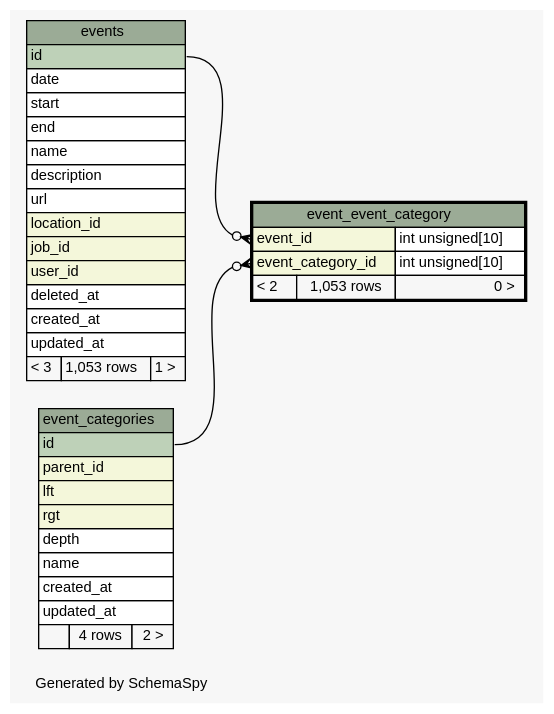
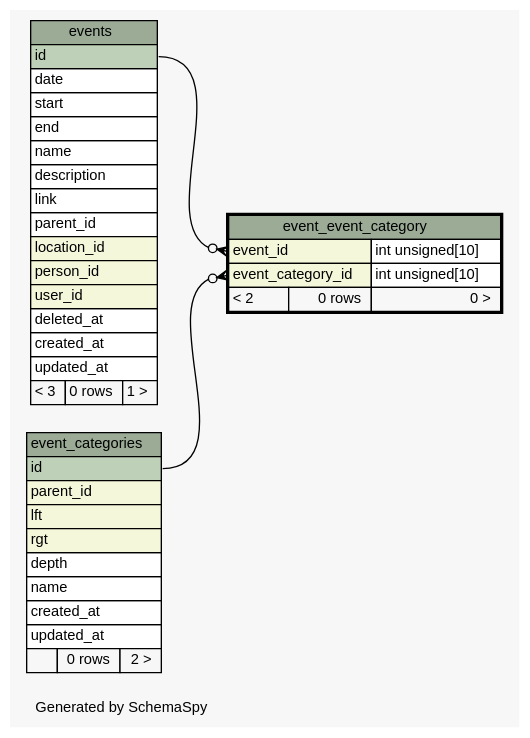
Before and after one commit to g0v/poli-radar-api: the diagram in docs/diagrams/event_event_category.1degree.dot, drawn with Graphviz. The commit also changed 140 other files, not shown here.

```diff
--- a/docs/diagrams/event_event_category.1degree.dot
+++ b/docs/diagrams/event_event_category.1degree.dot
@@ -1,74 +1,75 @@
 // dot 2.28.0 on Windows 10 10.0
 // SchemaSpy rev 590
 digraph "oneDegreeRelationshipsDiagram" {
   graph [
     rankdir="RL"
     bgcolor="#f7f7f7"
     label="\nGenerated by SchemaSpy"
     labeljust="l"
     nodesep="0.18"
     ranksep="0.46"
     fontname="Helvetica"
     fontsize="11"
   ];
   node [
     fontname="Helvetica"
     fontsize="11"
     shape="plaintext"
   ];
   edge [
     arrowsize="0.8"
   ];
   "event_event_category":"event_category_id":w -> "event_categories":"id":e [arrowhead=none dir=back arrowtail=crowodot];
   "event_event_category":"event_id":w -> "events":"id":e [arrowhead=none dir=back arrowtail=crowodot];
   "event_categories" [
     label=<
     <TABLE BORDER="0" CELLBORDER="1" CELLSPACING="0" BGCOLOR="#ffffff">
       <TR><TD COLSPAN="3" BGCOLOR="#9bab96" ALIGN="CENTER">event_categories</TD></TR>
       <TR><TD PORT="id" COLSPAN="3" BGCOLOR="#bed1b8" ALIGN="LEFT">id</TD></TR>
       <TR><TD PORT="parent_id" COLSPAN="3" BGCOLOR="#f4f7da" ALIGN="LEFT">parent_id</TD></TR>
       <TR><TD PORT="lft" COLSPAN="3" BGCOLOR="#f4f7da" ALIGN="LEFT">lft</TD></TR>
       <TR><TD PORT="rgt" COLSPAN="3" BGCOLOR="#f4f7da" ALIGN="LEFT">rgt</TD></TR>
       <TR><TD PORT="depth" COLSPAN="3" ALIGN="LEFT">depth</TD></TR>
       <TR><TD PORT="name" COLSPAN="3" ALIGN="LEFT">name</TD></TR>
       <TR><TD PORT="created_at" COLSPAN="3" ALIGN="LEFT">created_at</TD></TR>
       <TR><TD PORT="updated_at" COLSPAN="3" ALIGN="LEFT">updated_at</TD></TR>
-      <TR><TD ALIGN="LEFT" BGCOLOR="#f7f7f7">  </TD><TD ALIGN="RIGHT" BGCOLOR="#f7f7f7">4 rows</TD><TD ALIGN="RIGHT" BGCOLOR="#f7f7f7">2 &gt;</TD></TR>
+      <TR><TD ALIGN="LEFT" BGCOLOR="#f7f7f7">  </TD><TD ALIGN="RIGHT" BGCOLOR="#f7f7f7">0 rows</TD><TD ALIGN="RIGHT" BGCOLOR="#f7f7f7">2 &gt;</TD></TR>
     </TABLE>>
     URL="event_categories.html"
     tooltip="event_categories"
   ];
   "event_event_category" [
     label=<
     <TABLE BORDER="2" CELLBORDER="1" CELLSPACING="0" BGCOLOR="#ffffff">
       <TR><TD COLSPAN="3" BGCOLOR="#9bab96" ALIGN="CENTER">event_event_category</TD></TR>
       <TR><TD PORT="event_id" COLSPAN="2" BGCOLOR="#f4f7da" ALIGN="LEFT">event_id</TD><TD PORT="event_id.type" ALIGN="LEFT">int unsigned[10]</TD></TR>
       <TR><TD PORT="event_category_id" COLSPAN="2" BGCOLOR="#f4f7da" ALIGN="LEFT">event_category_id</TD><TD PORT="event_category_id.type" ALIGN="LEFT">int unsigned[10]</TD></TR>
-      <TR><TD ALIGN="LEFT" BGCOLOR="#f7f7f7">&lt; 2</TD><TD ALIGN="RIGHT" BGCOLOR="#f7f7f7">1,053 rows</TD><TD ALIGN="RIGHT" BGCOLOR="#f7f7f7">0 &gt;</TD></TR>
+      <TR><TD ALIGN="LEFT" BGCOLOR="#f7f7f7">&lt; 2</TD><TD ALIGN="RIGHT" BGCOLOR="#f7f7f7">0 rows</TD><TD ALIGN="RIGHT" BGCOLOR="#f7f7f7">0 &gt;</TD></TR>
     </TABLE>>
     URL="event_event_category.html"
     tooltip="event_event_category"
   ];
   "events" [
     label=<
     <TABLE BORDER="0" CELLBORDER="1" CELLSPACING="0" BGCOLOR="#ffffff">
       <TR><TD COLSPAN="3" BGCOLOR="#9bab96" ALIGN="CENTER">events</TD></TR>
       <TR><TD PORT="id" COLSPAN="3" BGCOLOR="#bed1b8" ALIGN="LEFT">id</TD></TR>
       <TR><TD PORT="date" COLSPAN="3" ALIGN="LEFT">date</TD></TR>
       <TR><TD PORT="start" COLSPAN="3" ALIGN="LEFT">start</TD></TR>
       <TR><TD PORT="end" COLSPAN="3" ALIGN="LEFT">end</TD></TR>
       <TR><TD PORT="name" COLSPAN="3" ALIGN="LEFT">name</TD></TR>
       <TR><TD PORT="description" COLSPAN="3" ALIGN="LEFT">description</TD></TR>
-      <TR><TD PORT="url" COLSPAN="3" ALIGN="LEFT">url</TD></TR>
+      <TR><TD PORT="link" COLSPAN="3" ALIGN="LEFT">link</TD></TR>
+      <TR><TD PORT="parent_id" COLSPAN="3" ALIGN="LEFT">parent_id</TD></TR>
       <TR><TD PORT="location_id" COLSPAN="3" BGCOLOR="#f4f7da" ALIGN="LEFT">location_id</TD></TR>
-      <TR><TD PORT="job_id" COLSPAN="3" BGCOLOR="#f4f7da" ALIGN="LEFT">job_id</TD></TR>
+      <TR><TD PORT="person_id" COLSPAN="3" BGCOLOR="#f4f7da" ALIGN="LEFT">person_id</TD></TR>
       <TR><TD PORT="user_id" COLSPAN="3" BGCOLOR="#f4f7da" ALIGN="LEFT">user_id</TD></TR>
       <TR><TD PORT="deleted_at" COLSPAN="3" ALIGN="LEFT">deleted_at</TD></TR>
       <TR><TD PORT="created_at" COLSPAN="3" ALIGN="LEFT">created_at</TD></TR>
       <TR><TD PORT="updated_at" COLSPAN="3" ALIGN="LEFT">updated_at</TD></TR>
-      <TR><TD ALIGN="LEFT" BGCOLOR="#f7f7f7">&lt; 3</TD><TD ALIGN="RIGHT" BGCOLOR="#f7f7f7">1,053 rows</TD><TD ALIGN="RIGHT" BGCOLOR="#f7f7f7">1 &gt;</TD></TR>
+      <TR><TD ALIGN="LEFT" BGCOLOR="#f7f7f7">&lt; 3</TD><TD ALIGN="RIGHT" BGCOLOR="#f7f7f7">0 rows</TD><TD ALIGN="RIGHT" BGCOLOR="#f7f7f7">1 &gt;</TD></TR>
     </TABLE>>
     URL="events.html"
     tooltip="events"
   ];
 }
```
